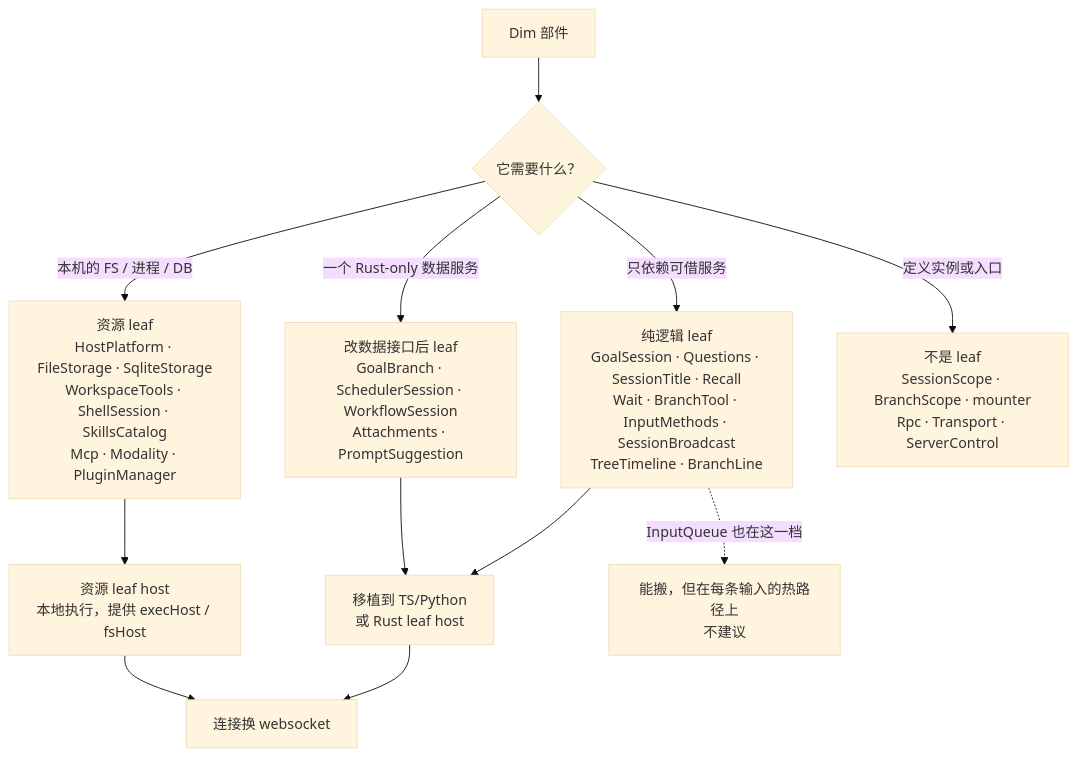
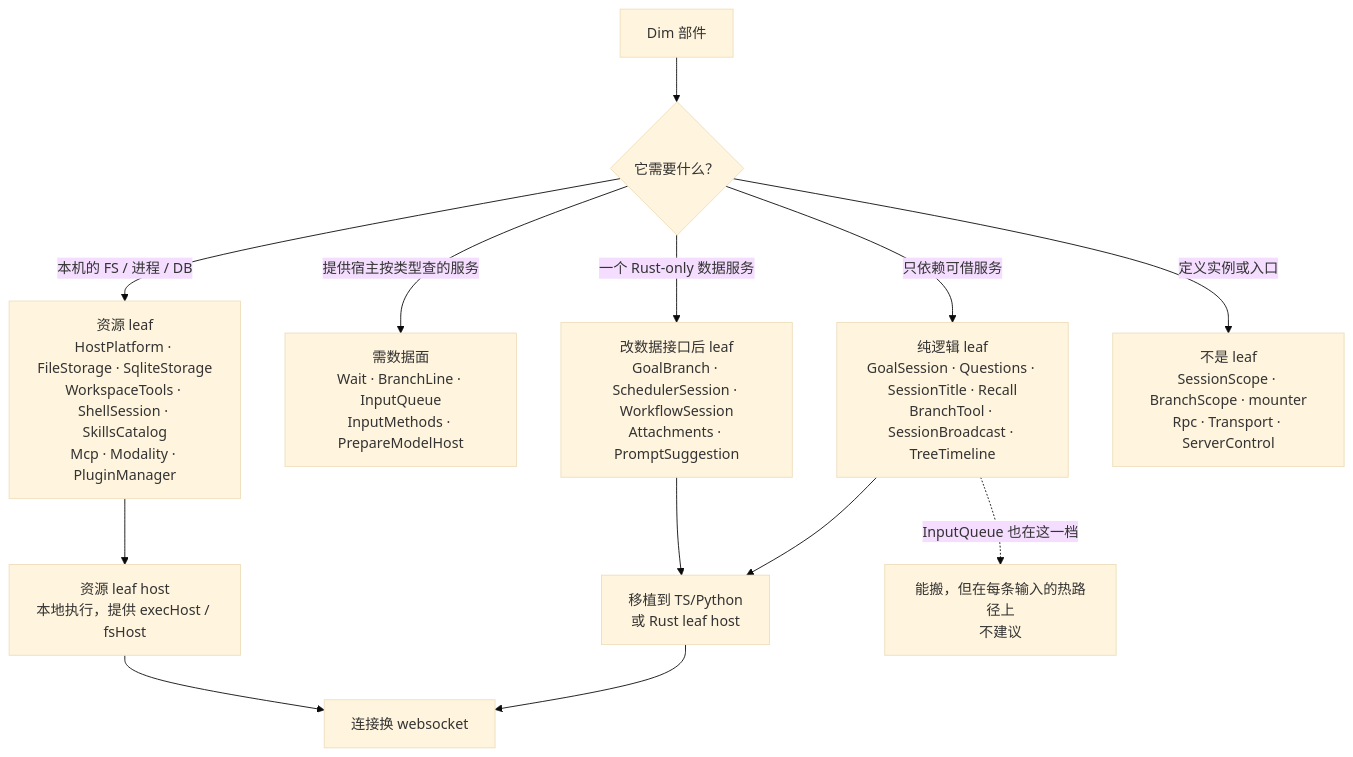
The fourth of 4 diagrams in docs/design/research/remote-plugins.md (CoutinhoTTS/dim-agent), drawn with Mermaid (base theme) before and after one commit. The commit also changed other lines of this file, not shown here.

````diff
--- a/docs/design/research/remote-plugins.md
+++ b/docs/design/research/remote-plugins.md
@@ -417,14 +381,15 @@
 ```mermaid
 flowchart TB
   ALL["Dim 部件"] --> KIND{"它需要什么？"}
-  KIND -->|"只依赖可借服务"| PURE["纯逻辑 leaf<br/>GoalSession · Questions · SessionTitle · Recall<br/>Wait · BranchTool · InputMethods · SessionBroadcast<br/>TreeTimeline · BranchLine"]
+  KIND -->|"只依赖可借服务"| PURE["纯逻辑 leaf<br/>GoalSession · Questions · SessionTitle · Recall<br/>BranchTool · SessionBroadcast · TreeTimeline"]
+  KIND -->|"提供宿主按类型查的服务"| TYPED["需数据面<br/>Wait · BranchLine · InputQueue<br/>InputMethods · PrepareModelHost"]
   KIND -->|"一个 Rust-only 数据服务"| FIX["改数据接口后 leaf<br/>GoalBranch · SchedulerSession · WorkflowSession<br/>Attachments · PromptSuggestion"]
   KIND -->|"本机的 FS / 进程 / DB"| RES["资源 leaf<br/>HostPlatform · FileStorage · SqliteStorage<br/>WorkspaceTools · ShellSession · SkillsCatalog<br/>Mcp · Modality · PluginManager"]
   KIND -->|"定义实例或入口"| HOST["不是 leaf<br/>SessionScope · BranchScope · mounter<br/>Rpc · Transport · ServerControl"]
   PURE --> PORT["移植到 TS/Python<br/>或 Rust leaf host"]
   FIX --> PORT
   RES --> RL["资源 leaf host<br/>本地执行，提供 execHost / fsHost"]
   PORT --> REMOTE["连接换 websocket"]
   RL --> REMOTE
   PURE -.->|"InputQueue 也在这一档"| HOT["能搬，但在每条输入的热路径上<br/>不建议"]
 ```
````
